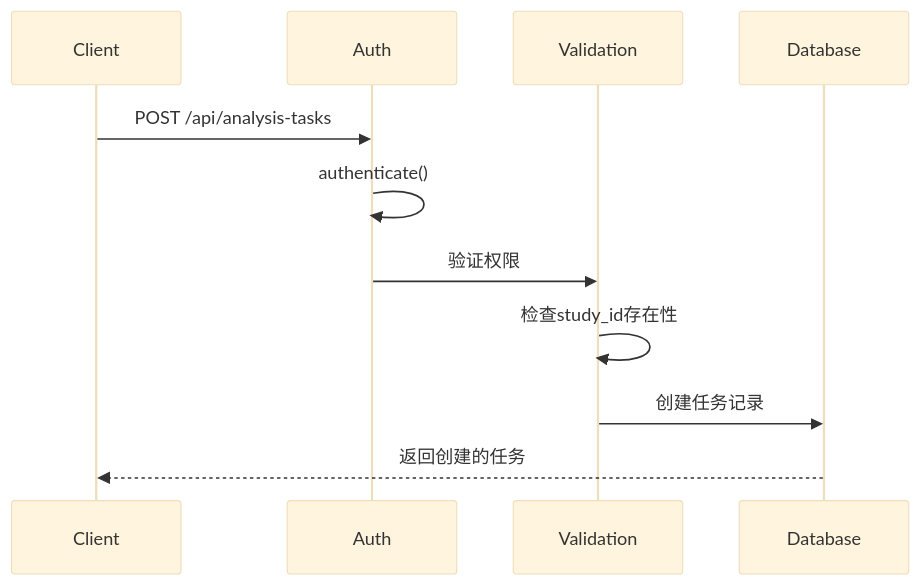
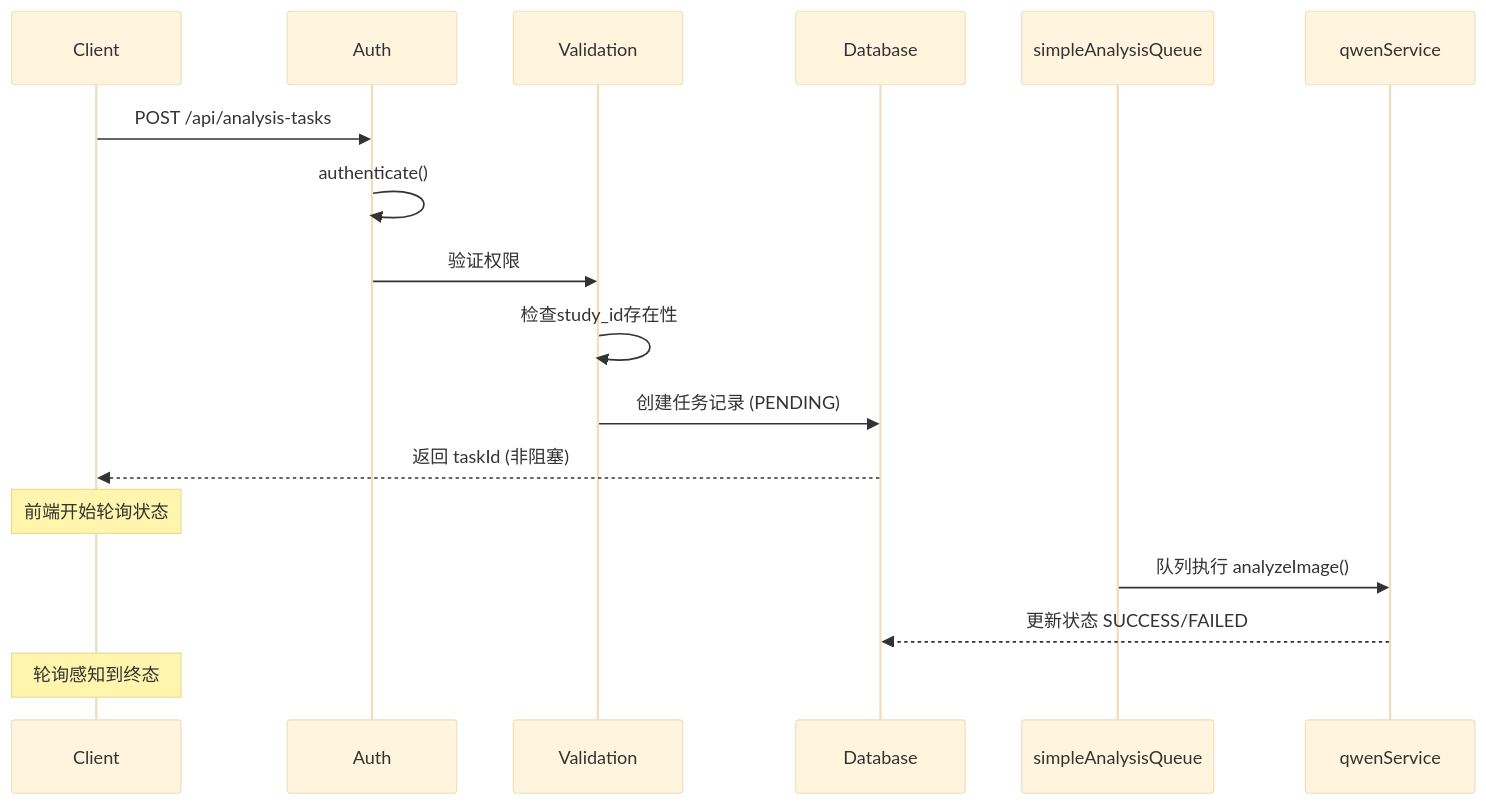
The second of 3 diagrams in wiki/API参考/AI分析API/AI分析任务API.md (xingranya/CervixDetectAI), drawn with Mermaid (base theme) before and after one commit. The commit also changed 35 other files, not shown here.

First line of the commit message:
docs(readme): 优化并统一项目文档中的流程图与说明

````diff
--- a/wiki/API参考/AI分析API/AI分析任务API.md
+++ b/wiki/API参考/AI分析API/AI分析任务API.md
@@ -134,13 +134,19 @@
 ```mermaid
 sequenceDiagram
 participant Client
 participant Auth
 participant Validation
-participant Database
+participant DB as Database
+participant Queue as simpleAnalysisQueue
+participant Qwen as qwenService
 Client->>Auth : POST /api/analysis-tasks
 Auth->>Auth : authenticate()
 Auth->>Validation : 验证权限
 Validation->>Validation : 检查study_id存在性
-Validation->>Database : 创建任务记录
-Database-->>Client : 返回创建的任务
+Validation->>DB : 创建任务记录 (PENDING)
+DB-->>Client : 返回 taskId (非阻塞)
+Note over Client: 前端开始轮询状态
+Queue->>Qwen : 队列执行 analyzeImage()
+Qwen-->>DB : 更新状态 SUCCESS/FAILED
+Note over Client : 轮询感知到终态
 ```
````
